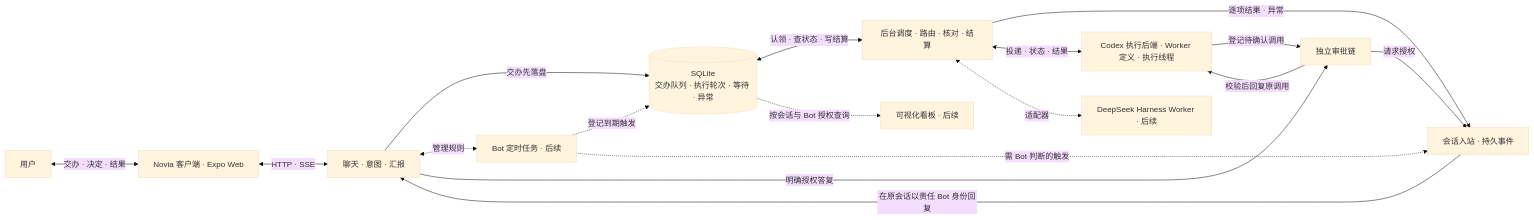
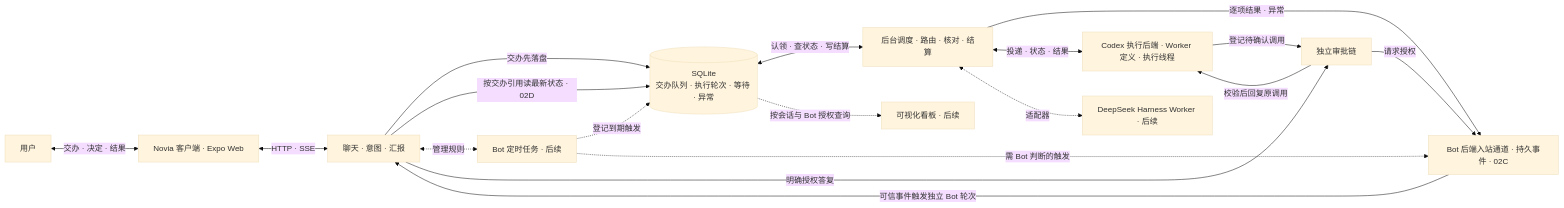
One commit to hoholidayx/Aion changed the diagram in docs/assistant-worker-dispatch-prd.md. Above: the diagram before and after it, drawn with Mermaid (base theme). The commit also changed other lines of this file, not shown here.

Commit message:
docs: define Novia bot inbox and assignment references

````diff
--- a/docs/assistant-worker-dispatch-prd.md
+++ b/docs/assistant-worker-dispatch-prd.md
@@ -79,30 +81,31 @@
 ```mermaid
 flowchart LR
     User["用户"]
     App["Novia 客户端 · Expo Web"]
     Chat["聊天 · 意图 · 汇报"]
     Dispatch["后台调度 · 路由 · 核对 · 结算"]
     Store[("SQLite<br/>交办队列 · 执行轮次 · 等待 · 异常")]
-    Inbox["会话入站 · 持久事件"]
+    Inbox["Bot 后端入站通道 · 持久事件 · 02C"]
     Approval["独立审批链"]
     Schedules["Bot 定时任务 · 后续"]
     Board["可视化看板 · 后续"]
     Codex["Codex 执行后端 · Worker 定义 · 执行线程"]
     Harness["DeepSeek Harness Worker · 后续"]
     User <-->|交办 · 决定 · 结果| App
     App <-->|HTTP · SSE| Chat
     Chat -->|交办先落盘| Store
     Store <-->|认领 · 查状态 · 写结算| Dispatch
     Dispatch -->|逐项结果 · 异常| Inbox
-    Inbox -->|在原会话以责任 Bot 身份回复| Chat
+    Inbox -->|可信事件触发独立 Bot 轮次| Chat
+    Chat -->|按交办引用读最新状态 · 02D| Store
     Chat <-.->|管理规则| Schedules
     Schedules -.->|登记到期触发| Store
     Schedules -.->|需 Bot 判断的触发| Inbox
     Codex -->|登记待确认调用| Approval
     Approval -->|请求授权| Inbox
     Chat -->|明确授权答复| Approval
     Approval -->|校验后回复原调用| Codex
     Dispatch <-->|投递 · 状态 · 结果| Codex
     Store -.->|按会话与 Bot 授权查询| Board
     Dispatch <-.->|适配器| Harness
 ```
````
